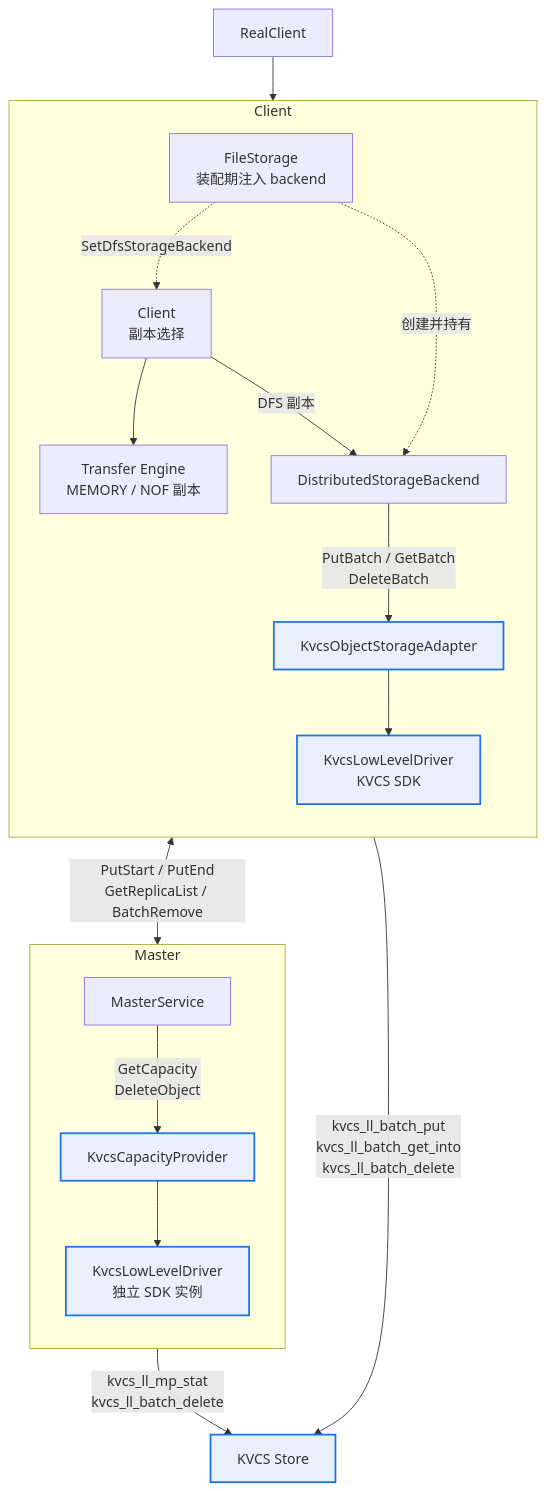
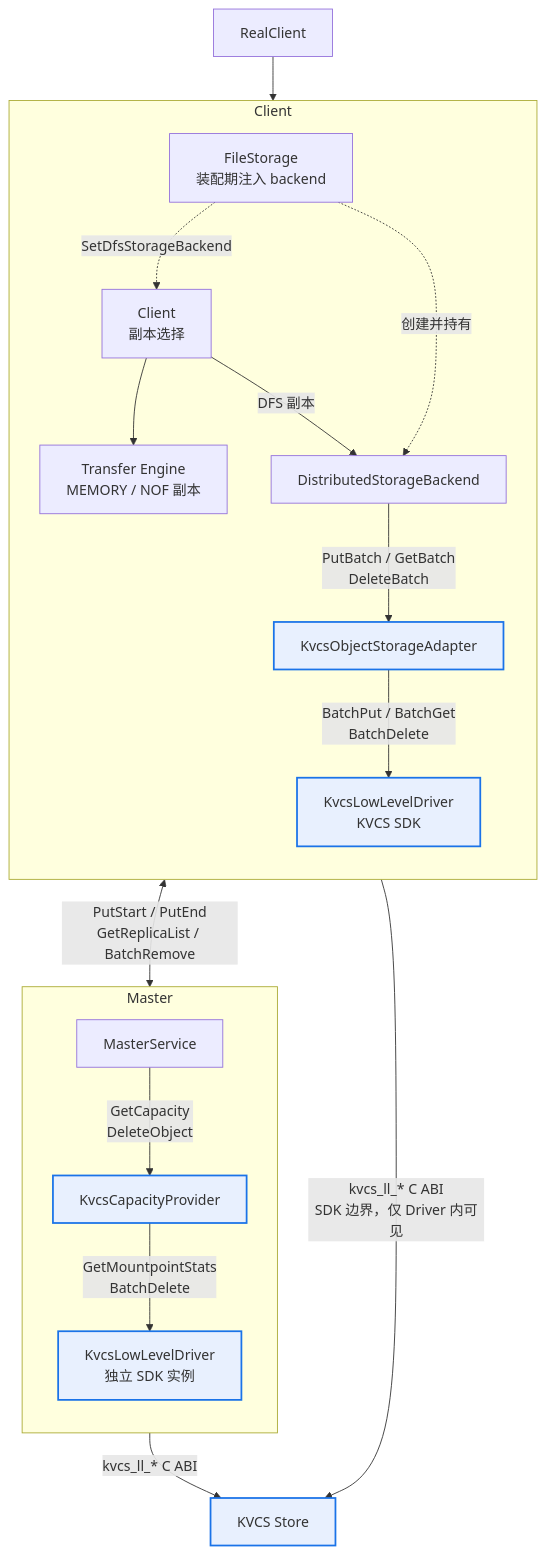
Before and after one commit to zwj20000328-dotcom/Mooncake-documents: the diagram in kvcs-system-position.md, drawn with Mermaid. The commit also changed other lines of this file and 3 other files, not shown here.

````diff
--- a/kvcs-system-position.md
+++ b/kvcs-system-position.md
@@ -1,42 +1,41 @@
 ```mermaid
 flowchart TB
      RC["RealClient"]
 
     subgraph CP["Client"]
         direction TB
         CL["Client<br/>副本选择"]
         TE["Transfer Engine<br/>MEMORY / NOF 副本"]
         FS["FileStorage<br/>装配期注入 backend"]
         DSB["DistributedStorageBackend"]
         KOA["KvcsObjectStorageAdapter"]
         KLD["KvcsLowLevelDriver<br/>KVCS SDK"]
 
         CL --> TE
         CL -->|DFS 副本| DSB
         FS -.->|创建并持有| DSB
         FS -.->|SetDfsStorageBackend| CL
         DSB -->|PutBatch / GetBatch<br/>DeleteBatch| KOA
-        KOA --> KLD
+        KOA -->|BatchPut / BatchGet<br/>BatchDelete| KLD
     end
 
     subgraph MP["Master"]
         direction TB
         MS["MasterService"]
         KCP["KvcsCapacityProvider"]
         KLD2["KvcsLowLevelDriver<br/>独立 SDK 实例"]
 
         MS -->|GetCapacity<br/>DeleteObject| KCP
-        KCP --> KLD2
+        KCP -->|GetMountpointStats<br/>BatchDelete| KLD2
     end
 
     STORE["KVCS Store"]
 
     RC --> CL
     CL <-->|PutStart / PutEnd<br/>GetReplicaList / BatchRemove| MS
-    KLD -->|kvcs_ll_batch_put<br/>kvcs_ll_batch_get_into<br/>kvcs_ll_batch_delete| STORE
-    KLD2 -->|kvcs_ll_mp_stat<br/>kvcs_ll_batch_delete| STORE
+    KLD -->|kvcs_ll_* C ABI<br/>SDK 边界，仅 Driver 内可见| STORE
+    KLD2 -->|kvcs_ll_* C ABI| STORE
 
     classDef kvcs fill:#e8f0fe,stroke:#1a73e8,stroke-width:2px;
     class KOA,KLD,KLD2,KCP,STORE kvcs;
-
 ```
````
